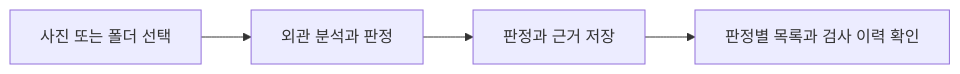
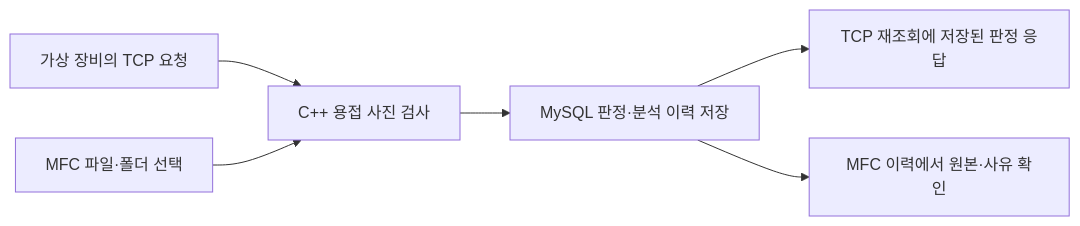
One commit to hsjni0110/weld-scope changed the first of 2 diagrams in docs/portfolio/README.md. Above: the diagram before and after it, drawn with Mermaid. The commit also changed other lines of this file and 13 other files, not shown here.

````diff
--- a/docs/portfolio/README.md
+++ b/docs/portfolio/README.md
@@ -9,6 +19,8 @@
 ```mermaid
 flowchart LR
-    input["사진 또는 폴더 선택"] --> inspect["외관 분석과 판정"]
-    inspect --> save["판정과 근거 저장"]
-    save --> review["판정별 목록과 검사 이력 확인"]
+    device["가상 장비의 TCP 요청"] --> inspect["C++ 용접 사진 검사"]
+    file["MFC 파일·폴더 선택"] --> inspect
+    inspect --> store["MySQL 판정·분석 이력 저장"]
+    store --> reply["TCP 재조회에 저장된 판정 응답"]
+    store --> history["MFC 이력에서 원본·사유 확인"]
 ```
````
